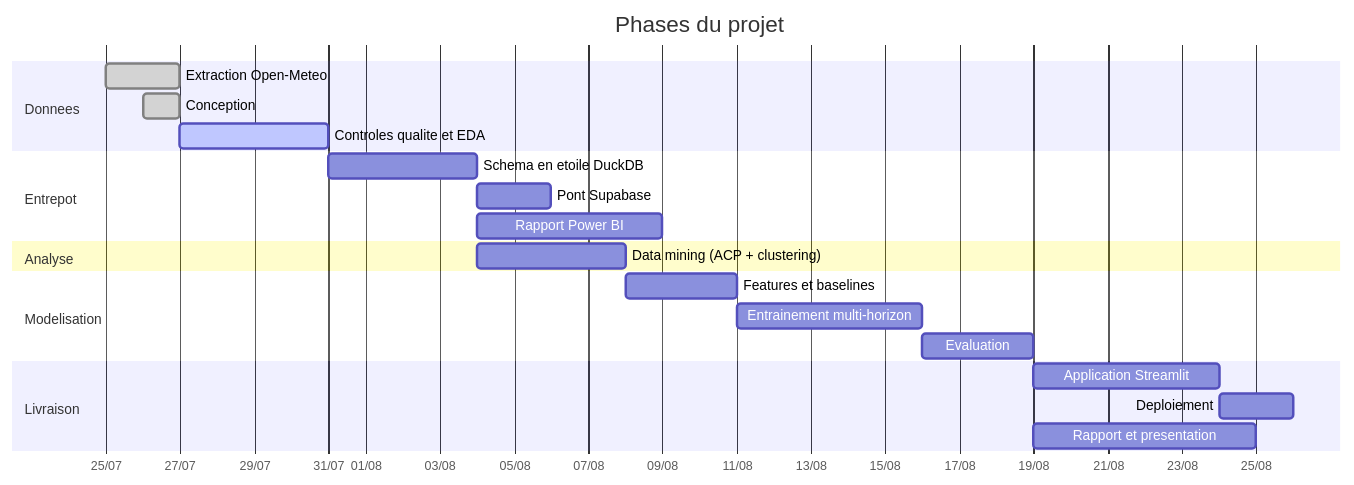
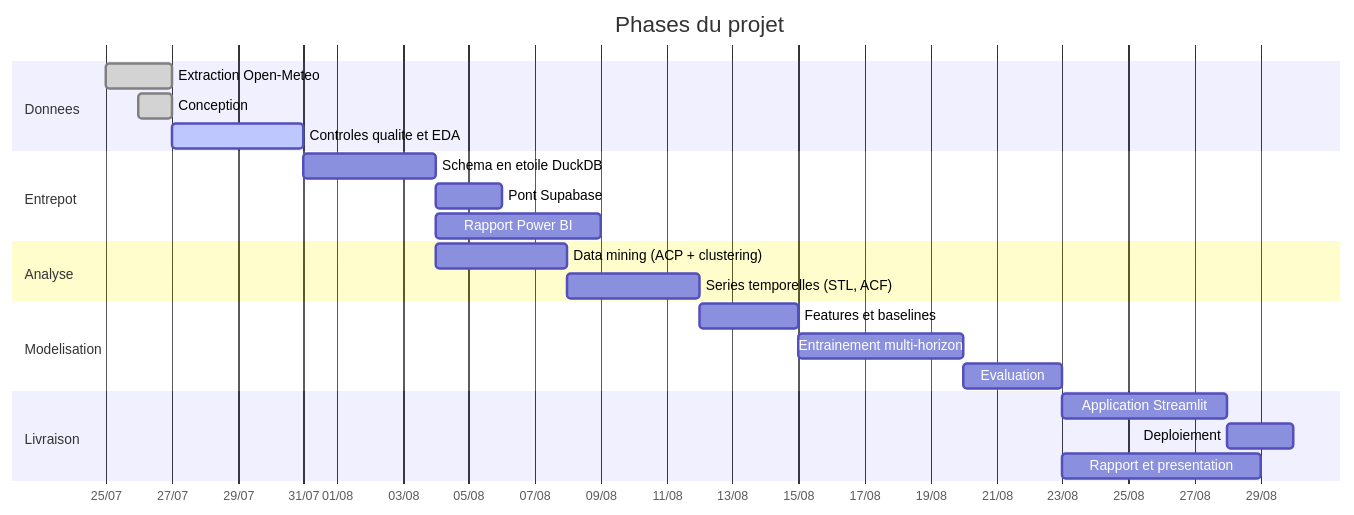
The diagram in 00_documentation/3_timeline.md (AhmedBenArfa/Tunisia-Weather-Prediction), drawn with Mermaid before and after one commit. The commit also changed other lines of this file and 16 other files, not shown here.

````diff
--- a/00_documentation/3_timeline.md
+++ b/00_documentation/3_timeline.md
@@ -12,29 +12,30 @@
 ```mermaid
 gantt
     dateFormat YYYY-MM-DD
     axisFormat %d/%m
     title Phases du projet
 
     section Donnees
     Extraction Open-Meteo           :done, ext, 2026-07-25, 2d
     Conception                      :done, conc, 2026-07-26, 1d
     Controles qualite et EDA        :active, eda, 2026-07-27, 4d
 
     section Entrepot
     Schema en etoile DuckDB         :dw, after eda, 4d
     Pont Supabase                   :sb, after dw, 2d
     Rapport Power BI                :bi, after dw, 5d
 
     section Analyse
     Data mining (ACP + clustering)  :dm, after dw, 4d
+    Series temporelles (STL, ACF)   :ts, after dm, 4d
 
     section Modelisation
-    Features et baselines           :feat, after dm, 3d
+    Features et baselines           :feat, after ts, 3d
     Entrainement multi-horizon      :ml, after feat, 5d
     Evaluation                      :eval, after ml, 3d
 
     section Livraison
     Application Streamlit           :app, after eval, 5d
     Deploiement                     :dep, after app, 2d
     Rapport et presentation         :doc, after eval, 6d
 ```
````
